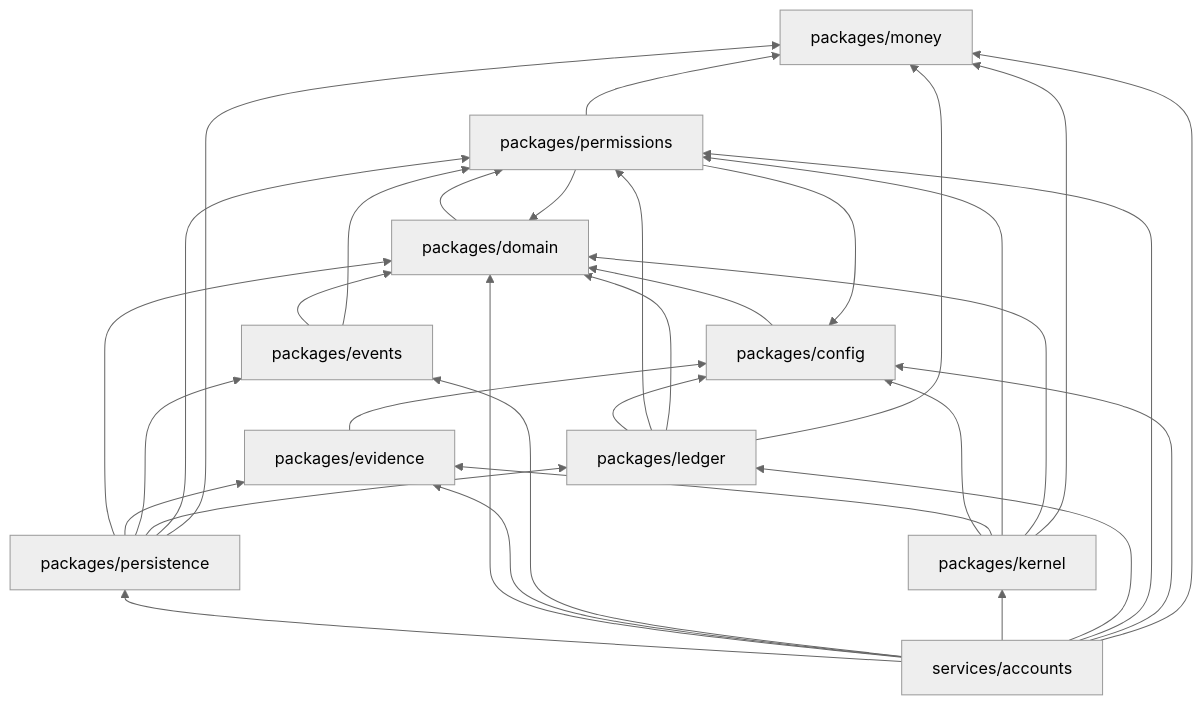
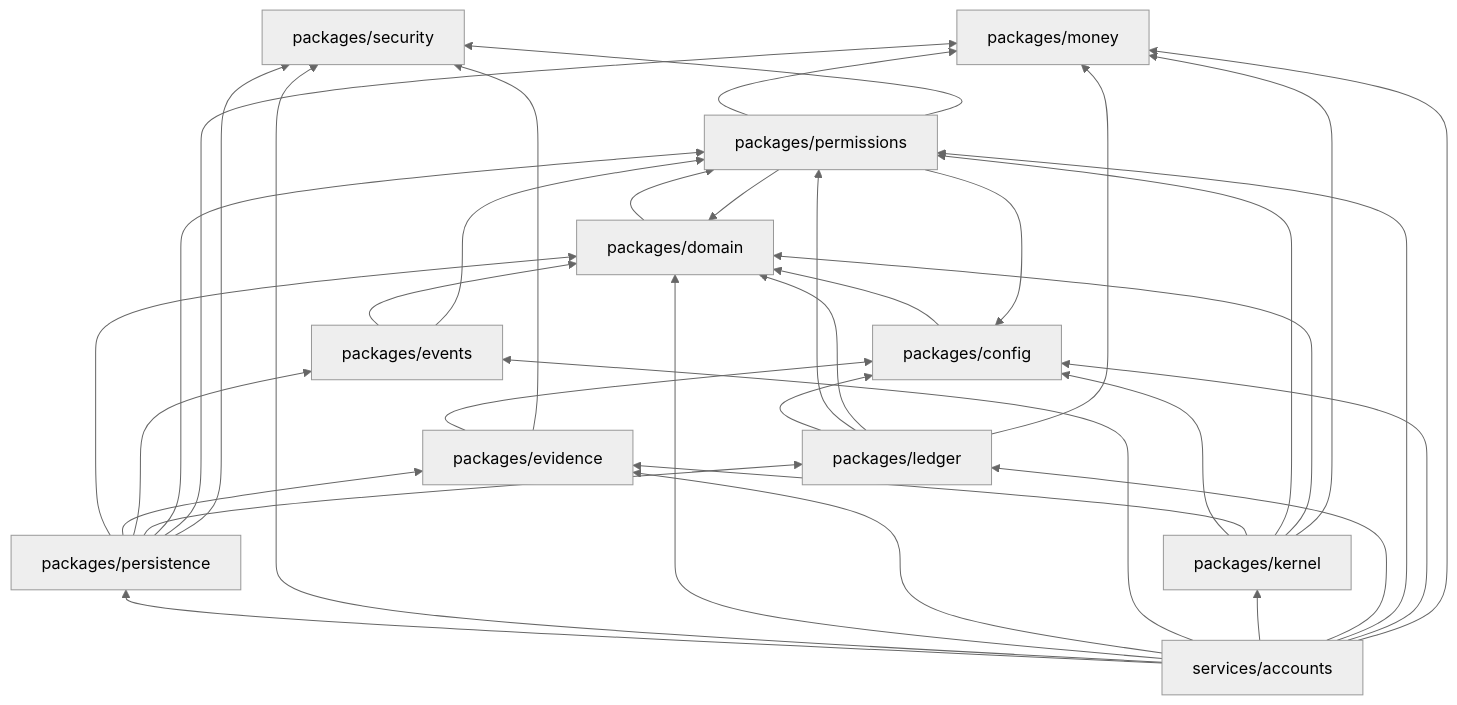
One commit to reyesnick54/solstice changed the second of 2 diagrams in docs/architecture/constitution.md. Above: the diagram before and after it, drawn with Mermaid (neutral theme). The commit also changed other lines of this file and 66 other files, not shown here.

````diff
--- a/docs/architecture/constitution.md
+++ b/docs/architecture/constitution.md
@@ -304,46 +311,51 @@
 ```mermaid
 flowchart BT
   money["packages/money"]
+  security["packages/security"]
   config["packages/config"]
   domain["packages/domain"]
   events["packages/events"]
   evidence["packages/evidence"]
   permissions["packages/permissions"]
   kernel["packages/kernel"]
   ledger["packages/ledger"]
   accounts["services/accounts"]
 
   config --> domain
   domain --> permissions
   permissions --> domain
   permissions --> money
   permissions --> config
+  permissions --> security
   events --> domain
   events --> permissions
   persistence["packages/persistence"]
   persistence --> domain
   persistence --> evidence
   persistence --> events
   persistence --> ledger
   persistence --> permissions
   persistence --> money
+  persistence --> security
   accounts --> persistence
+  accounts --> security
   evidence --> config
+  evidence --> security
   kernel --> config
   kernel --> evidence
   kernel --> permissions
   kernel --> domain
   kernel --> money
   ledger --> config
   ledger --> permissions
   ledger --> domain
   ledger --> money
   accounts --> domain
   accounts --> evidence
   accounts --> events
   accounts --> kernel
   accounts --> ledger
   accounts --> permissions
   accounts --> config
   accounts --> money
 ```
````
